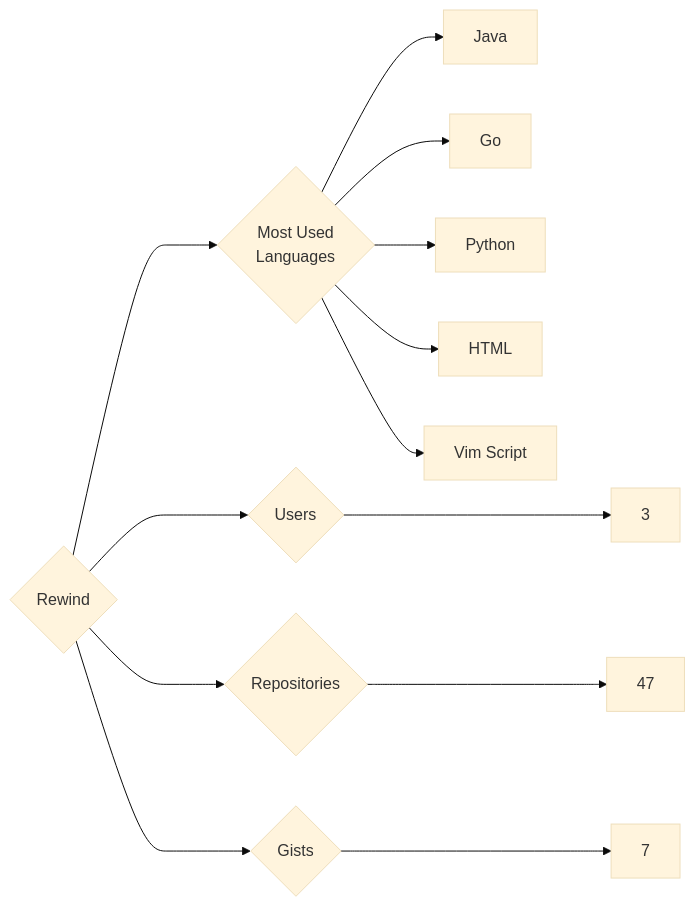
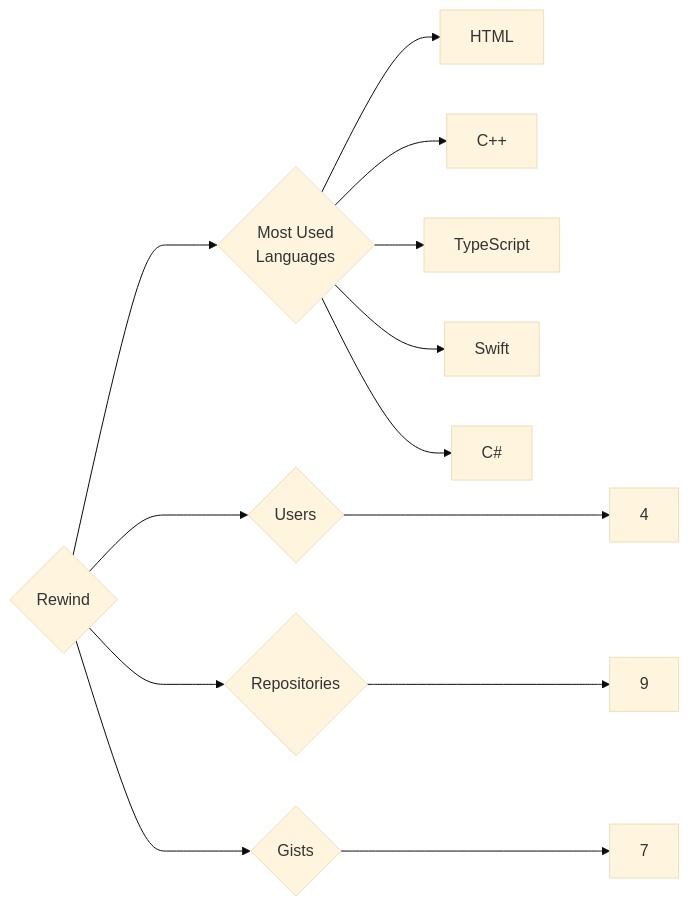
Before and after one commit to trickest/insiders: the diagram in targets/Rewind/README.md, drawn with Mermaid (base theme). The commit also changed 748 other files, not shown here.

````diff
--- a/targets/Rewind/README.md
+++ b/targets/Rewind/README.md
@@ -3,13 +3,13 @@
 ```mermaid
 graph LR
 COMPANY_NAME{Rewind}
-COMPANY_NAME ---> U{Users} ---> UN[3]
-COMPANY_NAME ---> R{Repositories} ---> RN[47]
+COMPANY_NAME ---> U{Users} ---> UN[4]
+COMPANY_NAME ---> R{Repositories} ---> RN[9]
 COMPANY_NAME ---> G{Gists} ---> GN[7]
 COMPANY_NAME ---> ML{Most Used<br>Languages}
-ML --> Java[Java]
-ML --> Go[Go]
-ML --> Python[Python]
 ML --> HTML[HTML]
-ML --> Vim_Script[Vim Script]
+ML --> C++[C++]
+ML --> TypeScript[TypeScript]
+ML --> Swift[Swift]
+ML --> C#[C#]
 ```
````
